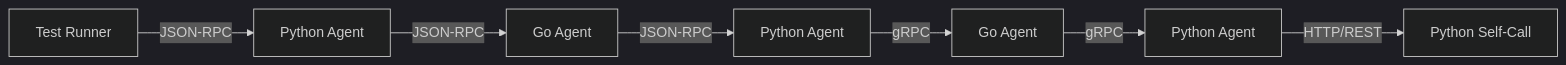
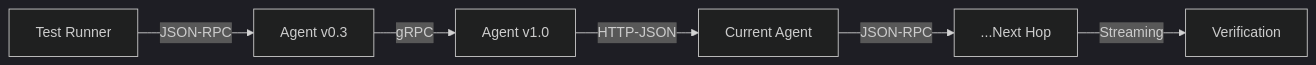
The diagram in itk/README.md (a2aproject/a2a-samples), drawn with Mermaid (dark theme) before and after one commit. The commit also changed other lines of this file and 13 other files, not shown here.

````diff
--- a/itk/README.md
+++ b/itk/README.md
@@ -15,9 +15,8 @@
 ```mermaid
 graph LR
-    Runner[Test Runner] -->|JSON-RPC| Py1[Python Agent]
-    Py1 -->|JSON-RPC| Go1[Go Agent]
-    Go1 -->|JSON-RPC| Py2[Python Agent]
-    Py2 -->|gRPC| Go2[Go Agent]
-    Go2 -->|gRPC| Py3[Python Agent]
-    Py3 -->|HTTP/REST| PySelf[Python Self-Call]
+    Runner[Test Runner] -->|JSON-RPC| Ag1[Agent v0.3]
+    Ag1 -->|gRPC| Ag2[Agent v1.0]
+    Ag2 -->|HTTP-JSON| Ag3[Current Agent]
+    Ag3 -->|JSON-RPC| Ag4[...Next Hop]
+    Ag4 -->|Streaming| Final[Verification]
 ```
````
